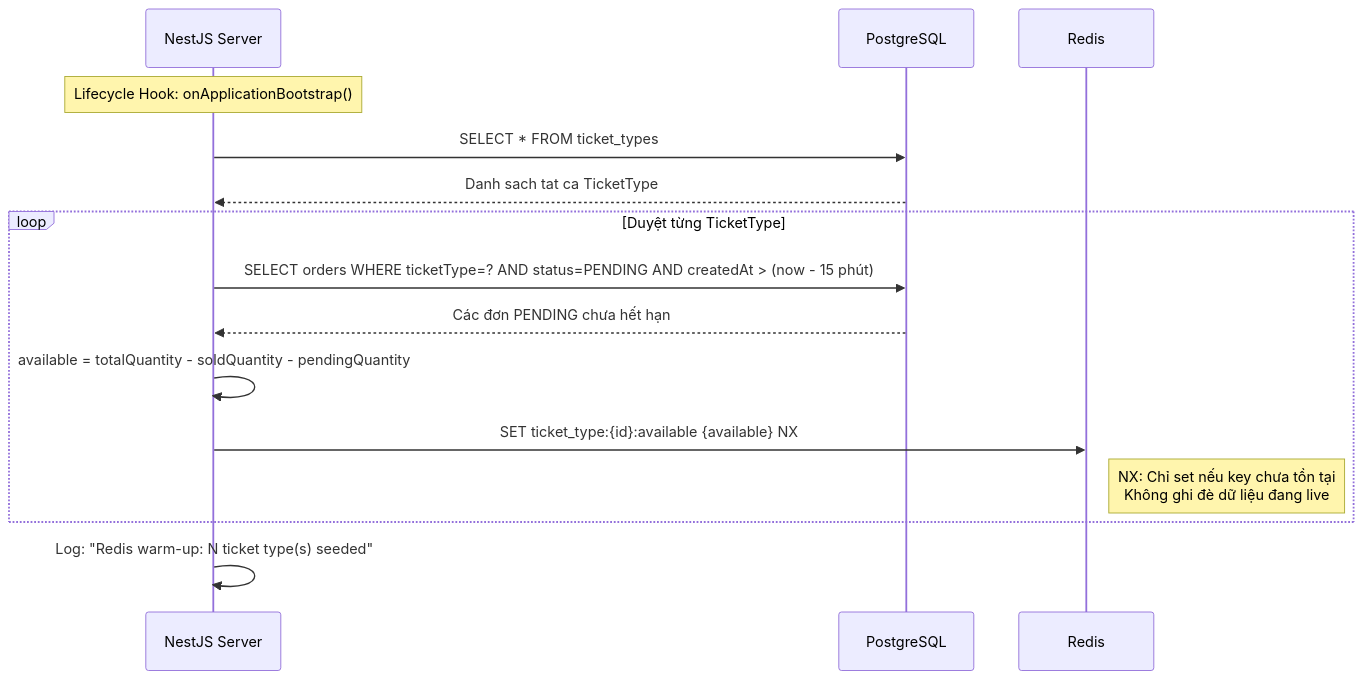
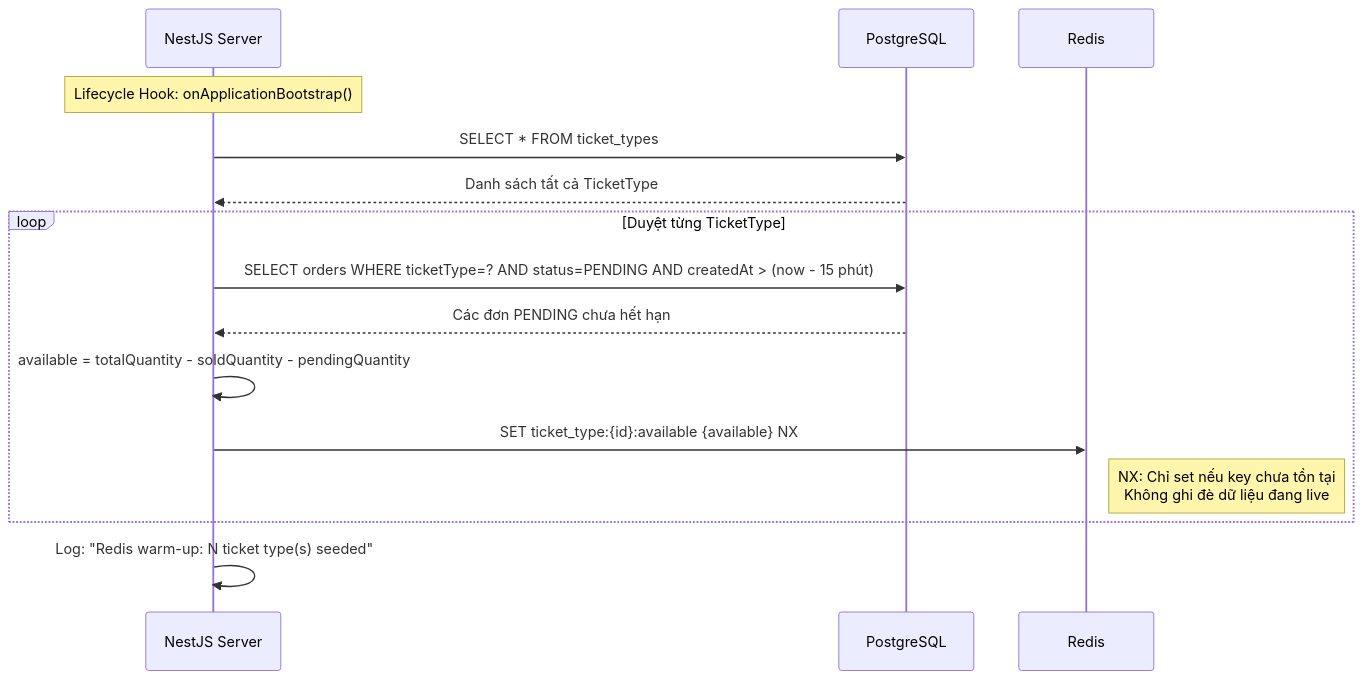
Before and after one commit to dorayakiiiiz/ticket-box: the first of 9 diagrams in blueprint/specs/concert.md, drawn with Mermaid. The commit also changed other lines of this file and 3 other files, not shown here.

````diff
--- a/blueprint/specs/concert.md
+++ b/blueprint/specs/concert.md
@@ -57,20 +26,20 @@
 ```mermaid
 sequenceDiagram
     participant APP as NestJS Server
     participant DB as PostgreSQL
     participant R as Redis
 
     Note over APP: Lifecycle Hook: onApplicationBootstrap()
     APP->>DB: SELECT * FROM ticket_types
-    DB-->>APP: Danh sach tat ca TicketType
+    DB-->>APP: Danh sách tất cả TicketType
 
     loop Duyệt từng TicketType
         APP->>DB: SELECT orders WHERE ticketType=? AND status=PENDING AND createdAt > (now - 15 phút)
         DB-->>APP: Các đơn PENDING chưa hết hạn
         APP->>APP: available = totalQuantity - soldQuantity - pendingQuantity
         APP->>R: SET ticket_type:{id}:available {available} NX
         Note right of R: NX: Chỉ set nếu key chưa tồn tại<br/>Không ghi đè dữ liệu đang live
     end
 
     APP->>APP: Log: "Redis warm-up: N ticket type(s) seeded"
 ```
````
